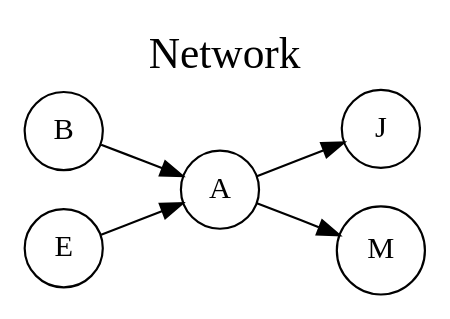
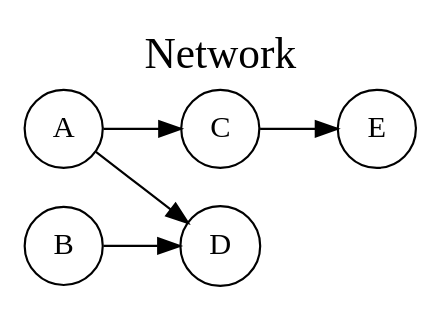
Before and after one commit to diegojacobs/BayesianNetwork: the diagram in Network.dot, drawn with Graphviz. The commit also changed 23 other files, not shown here.

```diff
--- a/Network.dot
+++ b/Network.dot
@@ -1,13 +1,13 @@
 digraph Network {
 rankdir=LR;
 	graph [label="Network", labelloc=t, fontsize=20]; 
 	node [shape=doublecircle, style = filled, fillcolor=white, color = black];
 	node [shape=circle];
 	node [color=black, fontcolor=black];
 	edge [color=black];
-	B -> A
-	E -> A
-	A -> J
-	A -> M
+	A -> C
+	A -> D
+	B -> D
+	C -> E
 
 }
```
